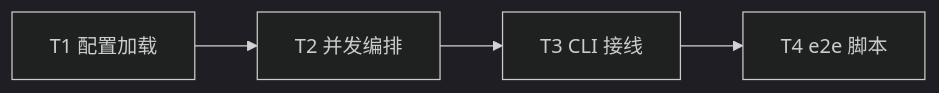
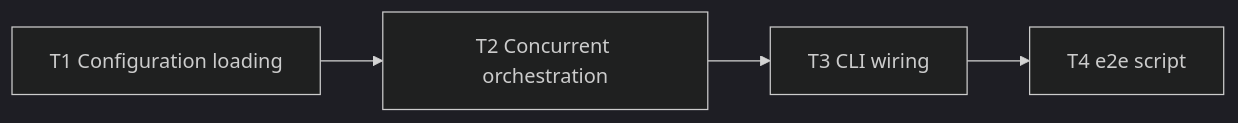
One commit to Curry09/OpenAgents changed the diagram in docs/specs/0027-multi-repo-vigil.md. Above: the diagram before and after it, drawn with Mermaid (dark theme). The commit also changed other lines of this file and 461 other files, not shown here.

````diff
--- a/docs/specs/0027-multi-repo-vigil.md
+++ b/docs/specs/0027-multi-repo-vigil.md
@@ -146,6 +146,6 @@
 ```mermaid
 graph LR
-  T1[T1 配置加载] --> T2[T2 并发编排]
-  T2 --> T3[T3 CLI 接线]
-  T3 --> T4[T4 e2e 脚本]
+  T1[T1 Configuration loading] --> T2[T2 Concurrent orchestration]
+  T2 --> T3[T3 CLI wiring]
+  T3 --> T4[T4 e2e script]
 ```
````
